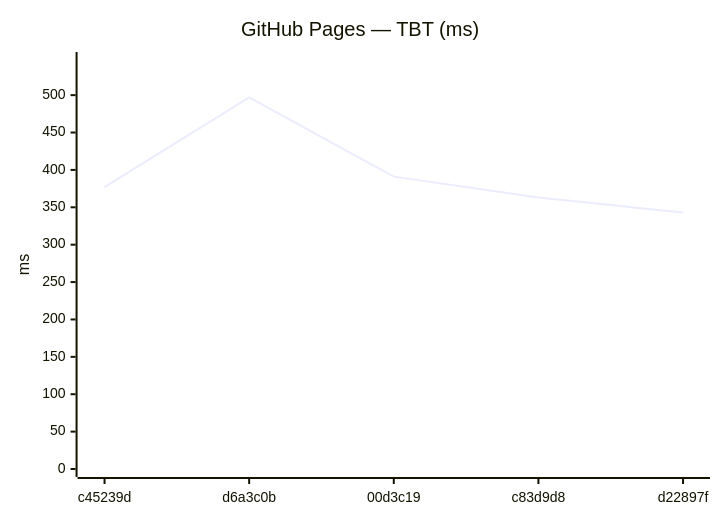
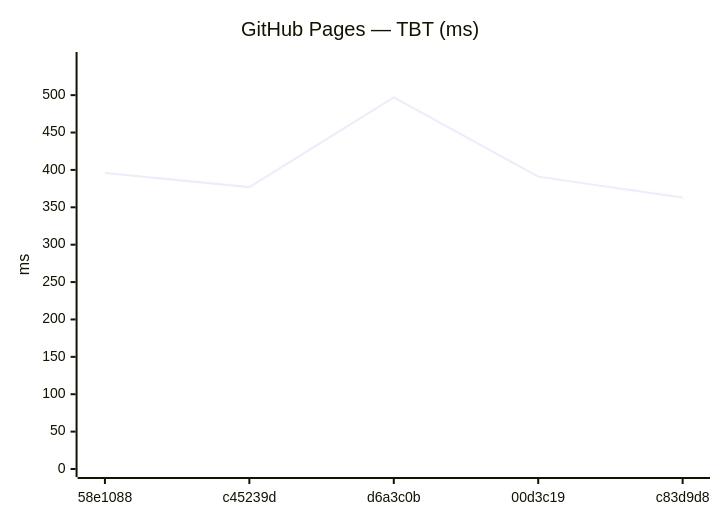
One commit to Metaheurist/Rianell changed the tenth of 18 diagrams in benchmarks/compare.md. Above: the diagram before and after it, drawn with Mermaid. The commit also changed other lines of this file and 11 other files, not shown here.

````diff
--- a/benchmarks/compare.md
+++ b/benchmarks/compare.md
@@ -149,7 +149,7 @@
 ```mermaid
 xychart-beta
     title "GitHub Pages — TBT (ms)"
-    x-axis ["c45239d", "d6a3c0b", "00d3c19", "c83d9d8", "d22897f"]
+    x-axis ["58e1088", "c45239d", "d6a3c0b", "00d3c19", "c83d9d8"]
     y-axis "ms" 0 --> 547
-    line [377, 497, 391, 363, 343]
+    line [396, 377, 497, 391, 363]
 ```
````
